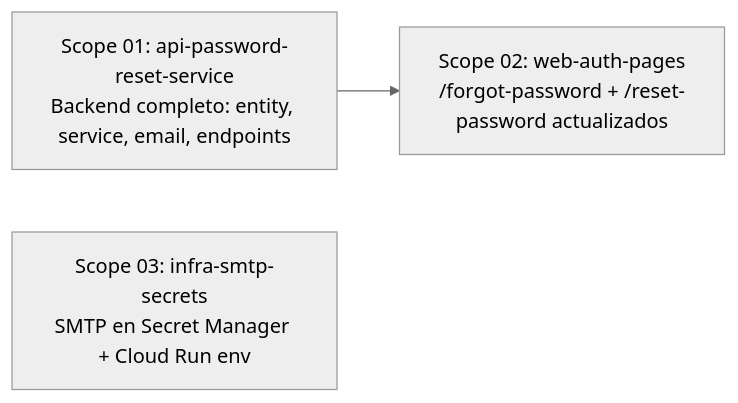
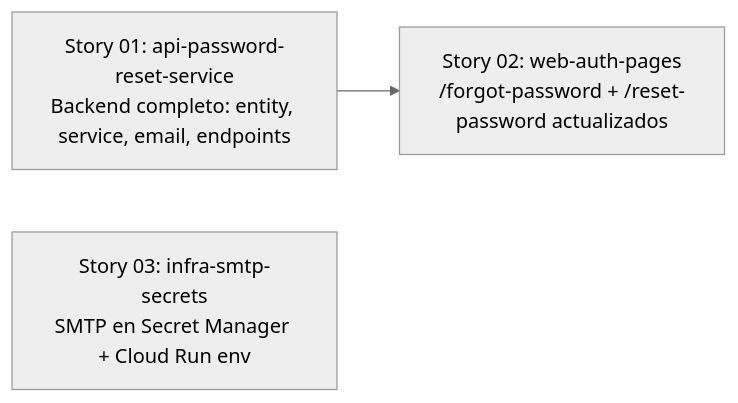
The diagram in .planning/finished/007-password-recovery-custom-email/01-expansion.md (cmartinezs/grade-ops-ai), drawn with Mermaid (neutral theme) before and after one commit. The commit also changed other lines of this file and 233 other files, not shown here.

````diff
--- a/.planning/finished/007-password-recovery-custom-email/01-expansion.md
+++ b/.planning/finished/007-password-recovery-custom-email/01-expansion.md
@@ -23,5 +23,5 @@
 ```mermaid
 flowchart LR
-    S01[Scope 01: api-password-reset-service\nBackend completo: entity, service, email, endpoints] --> S02[Scope 02: web-auth-pages\n/forgot-password + /reset-password actualizados]
-    S03[Scope 03: infra-smtp-secrets\nSMTP en Secret Manager + Cloud Run env]
+    S01[Story 01: api-password-reset-service\nBackend completo: entity, service, email, endpoints] --> S02[Story 02: web-auth-pages\n/forgot-password + /reset-password actualizados]
+    S03[Story 03: infra-smtp-secrets\nSMTP en Secret Manager + Cloud Run env]
 ```
````
